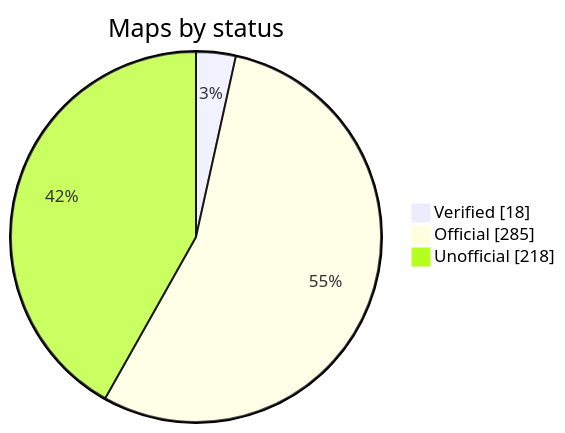
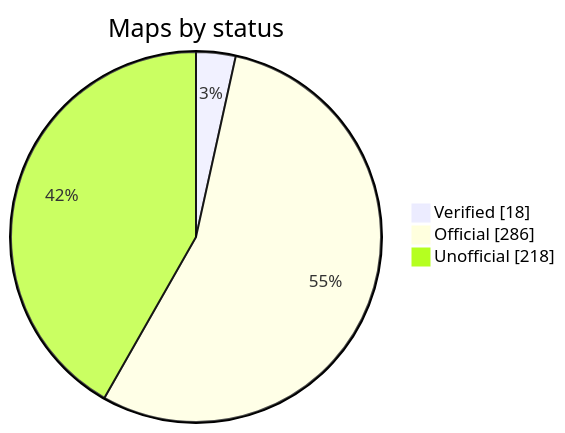
Before and after one commit to nobrega8/mbmap-library: the diagram in README.md, drawn with Mermaid. The commit also changed 5 other files, not shown here.

````diff
--- a/README.md
+++ b/README.md
@@ -52,7 +52,7 @@
 ```mermaid
 pie showData
     title Maps by status
     "Verified" : 18
-    "Official" : 285
+    "Official" : 286
     "Unofficial" : 218
 ```
````
